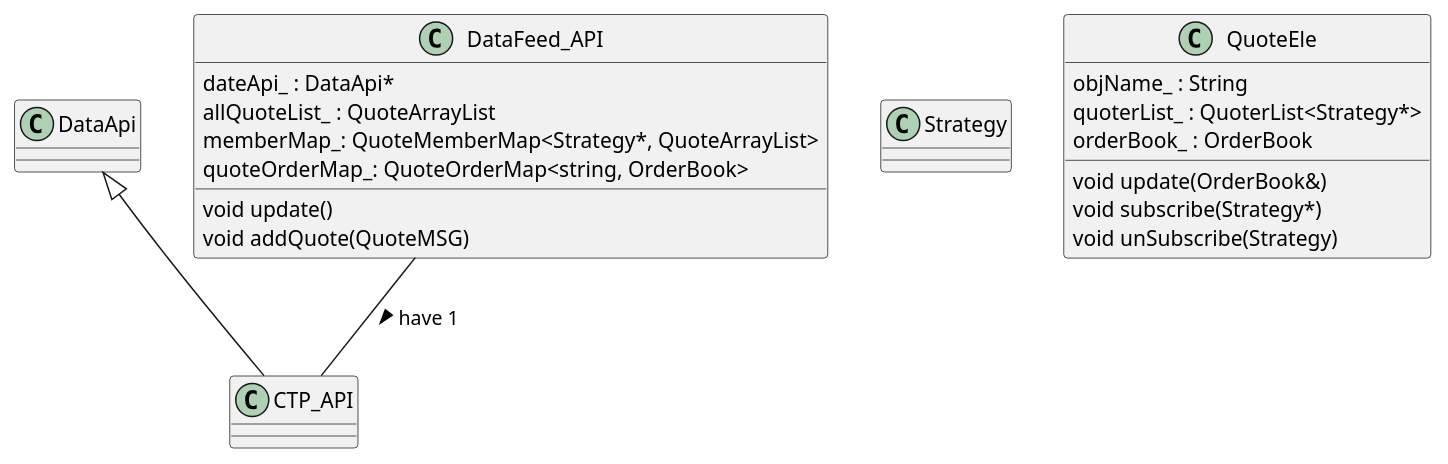
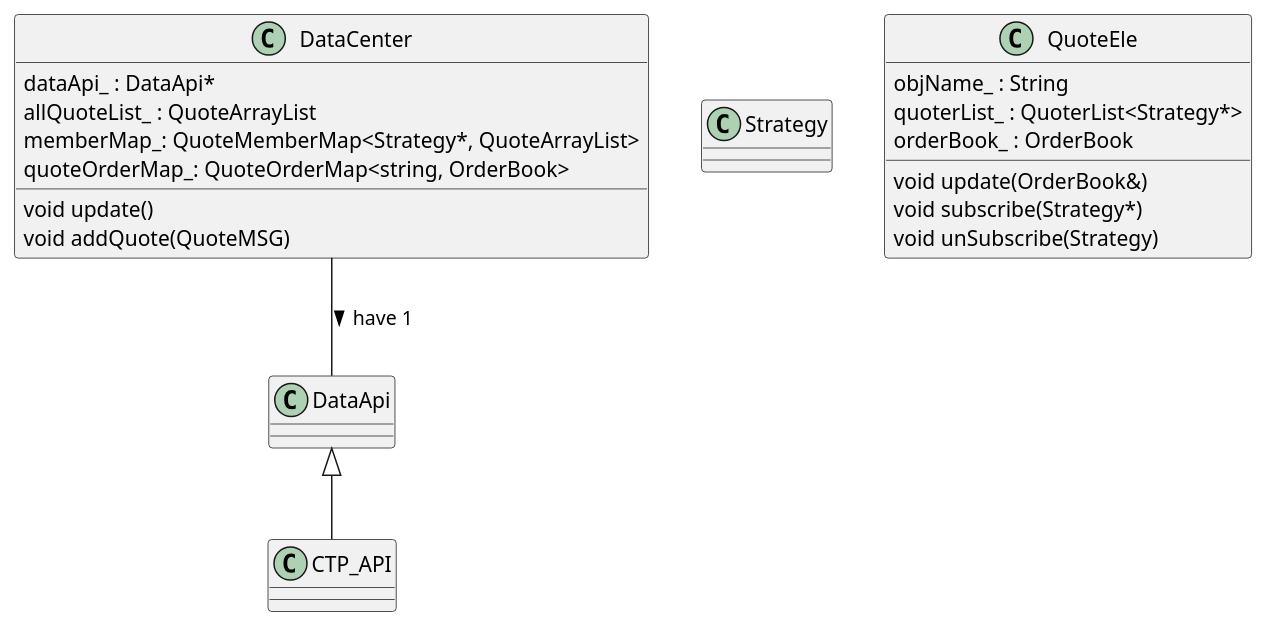
One commit to BuilBuild/TraderSystem changed the diagram in UMLDesign/DataGet.puml. Above: the diagram before and after it, drawn with PlantUML. The commit also changed 9 other files, not shown here.

```diff
--- a/UMLDesign/DataGet.puml
+++ b/UMLDesign/DataGet.puml
@@ -1,43 +1,43 @@
 @startuml
 
 
 class DataApi
 {
 
 }
 class CTP_API
 {
 
 }
 DataApi <|-- CTP_API
 
 class Strategy
 {
 
 }
 
 class QuoteEle
 {
     objName_ : String 
     quoterList_ : QuoterList<Strategy*>
     orderBook_ : OrderBook
     void update(OrderBook&)
     void subscribe(Strategy*)
     void unSubscribe(Strategy)
 }
 
-class DataFeed_API
+class DataCenter
 {
-    dateApi_ : DataApi*
+    dataApi_ : DataApi*
     allQuoteList_ : QuoteArrayList 
     memberMap_: QuoteMemberMap<Strategy*, QuoteArrayList> 
     quoteOrderMap_: QuoteOrderMap<string, OrderBook> 
     void update()
     void addQuote(QuoteMSG)
     
 } 
 
-DataFeed_API -- CTP_API : have 1 >
+DataCenter -- DataApi : have 1 >
 ' DataFeed_API -- Strategy : have 0...* >
 
 @enduml
```
